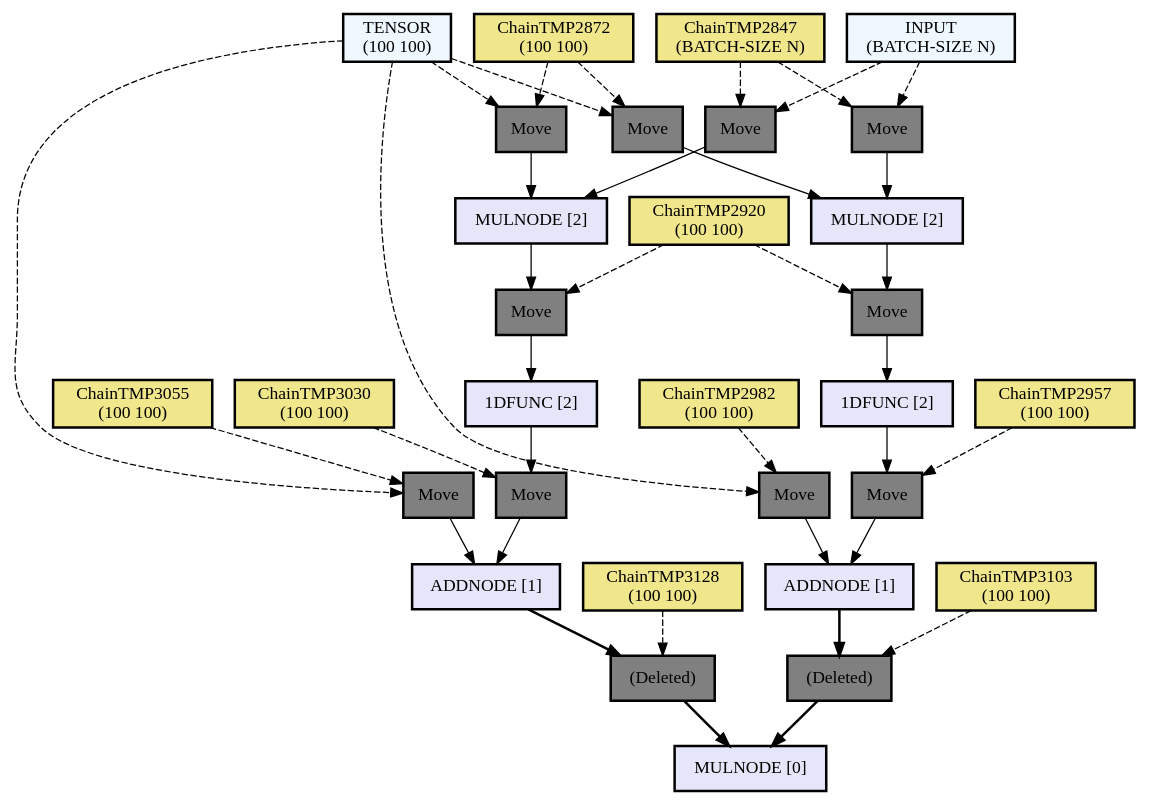
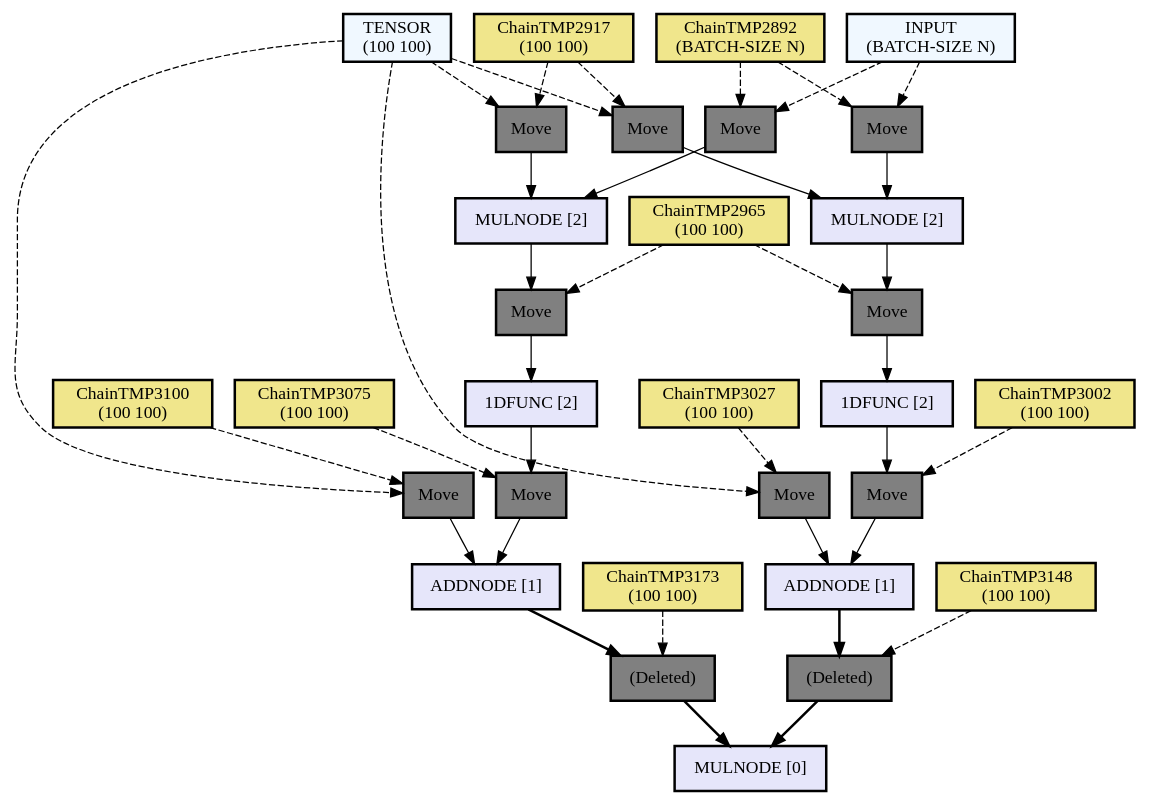
One commit to hikettei/cl-waffe2 changed the diagram in assets/out2.dot. Above: the diagram before and after it, drawn with Graphviz. The commit also changed 6 other files, not shown here.

```diff
--- a/assets/out2.dot
+++ b/assets/out2.dot
@@ -1,94 +1,94 @@
 digraph computation_node {
   node[shape="box" style="filled" color="black" penwidth="2"];
   TENSOR [label = "TENSOR
 (100 100)" fillcolor="#f0f8ff" style="filled, solid"];
-  ChainTMP3055 [label = "ChainTMP3055
+  ChainTMP3100 [label = "ChainTMP3100
 (100 100)" fillcolor="#f0e68c" style="filled, solid"];
-  NODE3347 [label = "Move" fillcolor="gray" style="filled, solid"];
+  NODE3392 [label = "Move" fillcolor="gray" style="filled, solid"];
   TENSOR [label = "TENSOR
 (100 100)" fillcolor="#f0f8ff" style="filled, solid"];
-  ChainTMP2872 [label = "ChainTMP2872
+  ChainTMP2917 [label = "ChainTMP2917
 (100 100)" fillcolor="#f0e68c" style="filled, solid"];
-  NODE3344 [label = "Move" fillcolor="gray" style="filled, solid"];
+  NODE3389 [label = "Move" fillcolor="gray" style="filled, solid"];
   INPUT [label = "INPUT
 (BATCH-SIZE N)" fillcolor="#f0f8ff" style="filled, solid"];
-  ChainTMP2847 [label = "ChainTMP2847
+  ChainTMP2892 [label = "ChainTMP2892
 (BATCH-SIZE N)" fillcolor="#f0e68c" style="filled, solid"];
-  NODE3341 [label = "Move" fillcolor="gray" style="filled, solid"];
-  NODE3340 [label = "MULNODE [2]" fillcolor="#e6e6fa" style="filled, solid"];
-  ChainTMP2920 [label = "ChainTMP2920
+  NODE3386 [label = "Move" fillcolor="gray" style="filled, solid"];
+  NODE3385 [label = "MULNODE [2]" fillcolor="#e6e6fa" style="filled, solid"];
+  ChainTMP2965 [label = "ChainTMP2965
 (100 100)" fillcolor="#f0e68c" style="filled, solid"];
-  NODE3338 [label = "Move" fillcolor="gray" style="filled, solid"];
-  NODE3337 [label = "1DFUNC [2]" fillcolor="#e6e6fa" style="filled, solid"];
-  ChainTMP3030 [label = "ChainTMP3030
+  NODE3383 [label = "Move" fillcolor="gray" style="filled, solid"];
+  NODE3382 [label = "1DFUNC [2]" fillcolor="#e6e6fa" style="filled, solid"];
+  ChainTMP3075 [label = "ChainTMP3075
 (100 100)" fillcolor="#f0e68c" style="filled, solid"];
-  NODE3335 [label = "Move" fillcolor="gray" style="filled, solid"];
-  NODE3334 [label = "ADDNODE [1]" fillcolor="#e6e6fa" style="filled, solid"];
-  ChainTMP3128 [label = "ChainTMP3128
+  NODE3380 [label = "Move" fillcolor="gray" style="filled, solid"];
+  NODE3379 [label = "ADDNODE [1]" fillcolor="#e6e6fa" style="filled, solid"];
+  ChainTMP3173 [label = "ChainTMP3173
 (100 100)" fillcolor="#f0e68c" style="filled, solid"];
-  NODE3332 [label = "(Deleted)" fillcolor="gray" style="filled, solid"];
+  NODE3377 [label = "(Deleted)" fillcolor="gray" style="filled, solid"];
   TENSOR [label = "TENSOR
 (100 100)" fillcolor="#f0f8ff" style="filled, solid"];
-  ChainTMP2982 [label = "ChainTMP2982
+  ChainTMP3027 [label = "ChainTMP3027
 (100 100)" fillcolor="#f0e68c" style="filled, solid"];
-  NODE3329 [label = "Move" fillcolor="gray" style="filled, solid"];
+  NODE3374 [label = "Move" fillcolor="gray" style="filled, solid"];
   TENSOR [label = "TENSOR
 (100 100)" fillcolor="#f0f8ff" style="filled, solid"];
-  ChainTMP2872 [label = "ChainTMP2872
+  ChainTMP2917 [label = "ChainTMP2917
 (100 100)" fillcolor="#f0e68c" style="filled, solid"];
-  NODE3326 [label = "Move" fillcolor="gray" style="filled, solid"];
+  NODE3371 [label = "Move" fillcolor="gray" style="filled, solid"];
   INPUT [label = "INPUT
 (BATCH-SIZE N)" fillcolor="#f0f8ff" style="filled, solid"];
-  ChainTMP2847 [label = "ChainTMP2847
+  ChainTMP2892 [label = "ChainTMP2892
 (BATCH-SIZE N)" fillcolor="#f0e68c" style="filled, solid"];
-  NODE3323 [label = "Move" fillcolor="gray" style="filled, solid"];
-  NODE3322 [label = "MULNODE [2]" fillcolor="#e6e6fa" style="filled, solid"];
-  ChainTMP2920 [label = "ChainTMP2920
+  NODE3368 [label = "Move" fillcolor="gray" style="filled, solid"];
+  NODE3367 [label = "MULNODE [2]" fillcolor="#e6e6fa" style="filled, solid"];
+  ChainTMP2965 [label = "ChainTMP2965
 (100 100)" fillcolor="#f0e68c" style="filled, solid"];
-  NODE3320 [label = "Move" fillcolor="gray" style="filled, solid"];
-  NODE3319 [label = "1DFUNC [2]" fillcolor="#e6e6fa" style="filled, solid"];
-  ChainTMP2957 [label = "ChainTMP2957
+  NODE3365 [label = "Move" fillcolor="gray" style="filled, solid"];
+  NODE3364 [label = "1DFUNC [2]" fillcolor="#e6e6fa" style="filled, solid"];
+  ChainTMP3002 [label = "ChainTMP3002
 (100 100)" fillcolor="#f0e68c" style="filled, solid"];
-  NODE3317 [label = "Move" fillcolor="gray" style="filled, solid"];
-  NODE3316 [label = "ADDNODE [1]" fillcolor="#e6e6fa" style="filled, solid"];
-  ChainTMP3103 [label = "ChainTMP3103
+  NODE3362 [label = "Move" fillcolor="gray" style="filled, solid"];
+  NODE3361 [label = "ADDNODE [1]" fillcolor="#e6e6fa" style="filled, solid"];
+  ChainTMP3148 [label = "ChainTMP3148
 (100 100)" fillcolor="#f0e68c" style="filled, solid"];
-  NODE3314 [label = "(Deleted)" fillcolor="gray" style="filled, solid"];
-  NODE3313 [label = "MULNODE [0]" fillcolor="#e6e6fa" style="filled, solid"];
-  NODE3314 -> NODE3313[penwidth="2"];
-  ChainTMP3103 -> NODE3314[style="dashed"];
-  NODE3316 -> NODE3314[penwidth="2"];
-  NODE3317 -> NODE3316[weight=10];
-  ChainTMP2957 -> NODE3317[style="dashed"];
-  NODE3319 -> NODE3317[weight=10];
-  NODE3320 -> NODE3319[weight=10];
-  ChainTMP2920 -> NODE3320[style="dashed"];
-  NODE3322 -> NODE3320[weight=10];
-  NODE3323 -> NODE3322[weight=10];
-  ChainTMP2847 -> NODE3323[style="dashed"];
-  INPUT -> NODE3323[style="dashed"];
-  NODE3326 -> NODE3322[weight=10];
-  ChainTMP2872 -> NODE3326[style="dashed"];
-  TENSOR -> NODE3326[style="dashed"];
-  NODE3329 -> NODE3316[weight=10];
-  ChainTMP2982 -> NODE3329[style="dashed"];
-  TENSOR -> NODE3329[style="dashed"];
-  NODE3332 -> NODE3313[penwidth="2"];
-  ChainTMP3128 -> NODE3332[style="dashed"];
-  NODE3334 -> NODE3332[penwidth="2"];
-  NODE3335 -> NODE3334[weight=10];
-  ChainTMP3030 -> NODE3335[style="dashed"];
-  NODE3337 -> NODE3335[weight=10];
-  NODE3338 -> NODE3337[weight=10];
-  ChainTMP2920 -> NODE3338[style="dashed"];
-  NODE3340 -> NODE3338[weight=10];
-  NODE3341 -> NODE3340[weight=10];
-  ChainTMP2847 -> NODE3341[style="dashed"];
-  INPUT -> NODE3341[style="dashed"];
-  NODE3344 -> NODE3340[weight=10];
-  ChainTMP2872 -> NODE3344[style="dashed"];
-  TENSOR -> NODE3344[style="dashed"];
-  NODE3347 -> NODE3334[weight=10];
-  ChainTMP3055 -> NODE3347[style="dashed"];
-  TENSOR -> NODE3347[style="dashed"];
+  NODE3359 [label = "(Deleted)" fillcolor="gray" style="filled, solid"];
+  NODE3358 [label = "MULNODE [0]" fillcolor="#e6e6fa" style="filled, solid"];
+  NODE3359 -> NODE3358[penwidth="2"];
+  ChainTMP3148 -> NODE3359[style="dashed"];
+  NODE3361 -> NODE3359[penwidth="2"];
+  NODE3362 -> NODE3361[weight=10];
+  ChainTMP3002 -> NODE3362[style="dashed"];
+  NODE3364 -> NODE3362[weight=10];
+  NODE3365 -> NODE3364[weight=10];
+  ChainTMP2965 -> NODE3365[style="dashed"];
+  NODE3367 -> NODE3365[weight=10];
+  NODE3368 -> NODE3367[weight=10];
+  ChainTMP2892 -> NODE3368[style="dashed"];
+  INPUT -> NODE3368[style="dashed"];
+  NODE3371 -> NODE3367[weight=10];
+  ChainTMP2917 -> NODE3371[style="dashed"];
+  TENSOR -> NODE3371[style="dashed"];
+  NODE3374 -> NODE3361[weight=10];
+  ChainTMP3027 -> NODE3374[style="dashed"];
+  TENSOR -> NODE3374[style="dashed"];
+  NODE3377 -> NODE3358[penwidth="2"];
+  ChainTMP3173 -> NODE3377[style="dashed"];
+  NODE3379 -> NODE3377[penwidth="2"];
+  NODE3380 -> NODE3379[weight=10];
+  ChainTMP3075 -> NODE3380[style="dashed"];
+  NODE3382 -> NODE3380[weight=10];
+  NODE3383 -> NODE3382[weight=10];
+  ChainTMP2965 -> NODE3383[style="dashed"];
+  NODE3385 -> NODE3383[weight=10];
+  NODE3386 -> NODE3385[weight=10];
+  ChainTMP2892 -> NODE3386[style="dashed"];
+  INPUT -> NODE3386[style="dashed"];
+  NODE3389 -> NODE3385[weight=10];
+  ChainTMP2917 -> NODE3389[style="dashed"];
+  TENSOR -> NODE3389[style="dashed"];
+  NODE3392 -> NODE3379[weight=10];
+  ChainTMP3100 -> NODE3392[style="dashed"];
+  TENSOR -> NODE3392[style="dashed"];
 }
```
